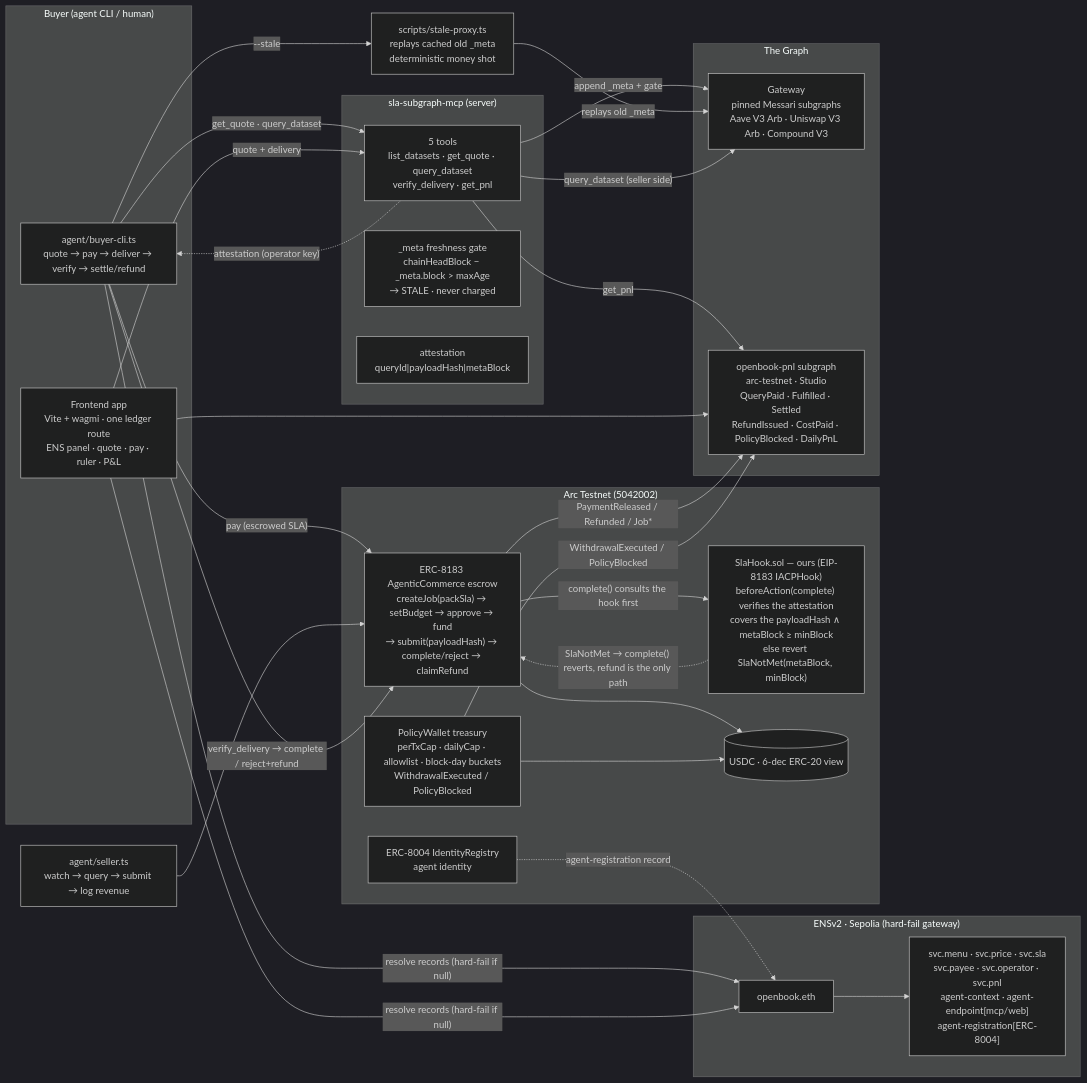
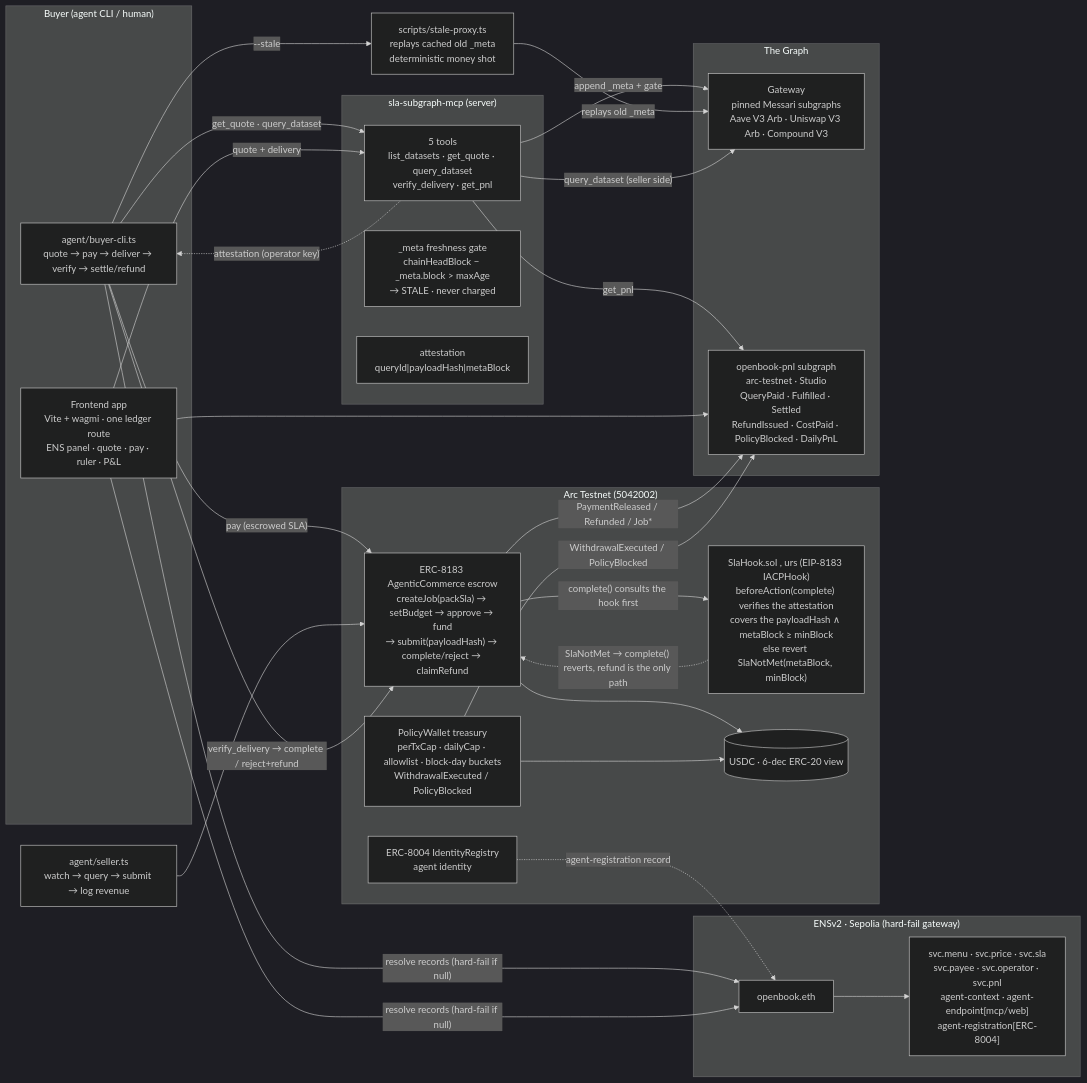
One commit to Aliserag/ethonline2026-openbook changed the diagram in docs/architecture.md. Above: the diagram before and after it, drawn with Mermaid (dark theme). The commit also changed other lines of this file and 12 other files, not shown here.

Commit message:
fix(app+subgraph): daily rows show human date+time (startedAt in schema/mapping/v0.0.3), step 3 requires the quote, delivery summary replaces the JSON dump, footer strip removed — per user feedback

````diff
--- a/docs/architecture.md
+++ b/docs/architecture.md
@@ -12,56 +12,56 @@
 ```mermaid
 flowchart LR
     subgraph BuyerSide["Buyer (agent CLI / human)"]
         BC[agent/buyer-cli.ts<br/>quote → pay → deliver → verify → settle/refund]
         FE[Frontend app<br/>Vite + wagmi · one ledger route<br/>ENS panel · quote · pay · ruler · P&L]
     end
 
     subgraph ENSv2["ENSv2 · Sepolia (hard-fail gateway)"]
         NAME[openbook.eth]
         RECS["svc.menu · svc.price · svc.sla<br/>svc.payee · svc.operator · svc.pnl<br/>agent-context · agent-endpoint[mcp/web]<br/>agent-registration[ERC-8004]"]
         NAME --> RECS
     end
 
     subgraph Arc["Arc Testnet (5042002)"]
         J["ERC-8183 AgenticCommerce escrow<br/>createJob(packSla) → setBudget → approve → fund<br/>→ submit(payloadHash) → complete/reject → claimRefund"]
-        HOOK["SlaHook.sol — ours (EIP-8183 IACPHook)<br/>beforeAction(complete) verifies the attestation<br/>covers the payloadHash ∧ metaBlock ≥ minBlock<br/>else revert SlaNotMet(metaBlock, minBlock)"]
+        HOOK["SlaHook.sol , urs (EIP-8183 IACPHook)<br/>beforeAction(complete) verifies the attestation<br/>covers the payloadHash ∧ metaBlock ≥ minBlock<br/>else revert SlaNotMet(metaBlock, minBlock)"]
         W["PolicyWallet treasury<br/>perTxCap · dailyCap · allowlist · block-day buckets<br/>WithdrawalExecuted / PolicyBlocked"]
         ID["ERC-8004 IdentityRegistry<br/>agent identity"]
         USDC[(USDC · 6-dec ERC-20 view)]
     end
 
     subgraph MCP["sla-subgraph-mcp (server)"]
         S["5 tools<br/>list_datasets · get_quote · query_dataset<br/>verify_delivery · get_pnl"]
         GATE["_meta freshness gate<br/>chainHeadBlock − _meta.block > maxAge<br/>→ STALE · never charged"]
         SIGN["attestation<br/>queryId|payloadHash|metaBlock"]
     end
 
     subgraph Graph["The Graph"]
         GW[Gateway<br/>pinned Messari subgraphs<br/>Aave V3 Arb · Uniswap V3 Arb · Compound V3]
         PNL[openbook-pnl subgraph<br/>arc-testnet · Studio<br/>QueryPaid · Fulfilled · Settled<br/>RefundIssued · CostPaid · PolicyBlocked · DailyPnL]
     end
 
     SP[scripts/stale-proxy.ts<br/>replays cached old _meta<br/>deterministic money shot]
 
     BC -->|"resolve records (hard-fail if null)"| NAME
     FE -->|"resolve records (hard-fail if null)"| NAME
     BC -->|"get_quote · query_dataset"| S
     FE -->|"quote + delivery"| S
     S -->|"append _meta + gate"| GW
     BC -->|"--stale"| SP
     SP -->|"replays old _meta"| GW
     BC -->|"pay (escrowed SLA)"| J
     S -->|"query_dataset (seller side)"| GW
     SEL[agent/seller.ts<br/>watch → query → submit → log revenue] --> J
     BC -->|"verify_delivery → complete / reject+refund"| J
     J -->|"complete() consults the hook first"| HOOK
     HOOK -.->|"SlaNotMet → complete() reverts, refund is the only path"| J
     J --> USDC
     J -->|"PaymentReleased / Refunded / Job*"| PNL
     W --> USDC
     W -->|"WithdrawalExecuted / PolicyBlocked"| PNL
     S -->|"get_pnl"| PNL
     FE --> PNL
     ID -.->|"agent-registration record"| NAME
     S -.->|"attestation (operator key)"| BC
 ```
````
